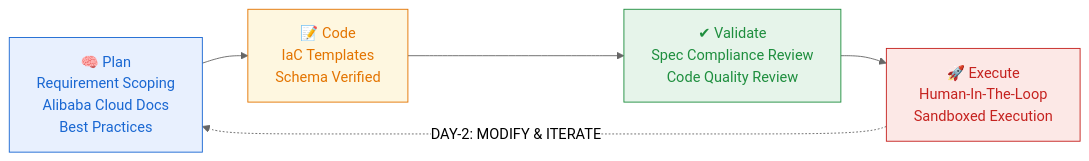
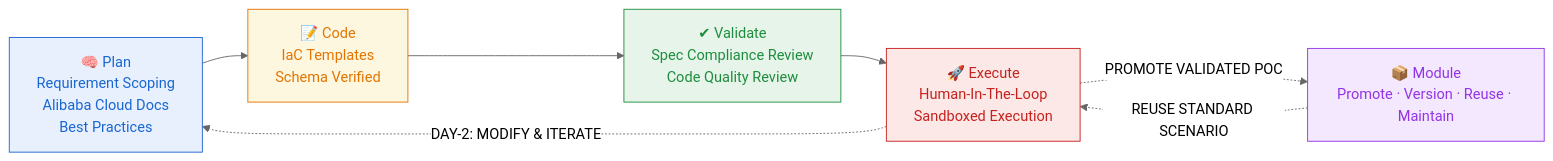
The diagram in plugins/alibabacloud-spec-ops/README.md (ChenHanZhang/alibabacloud-agent-toolkit), drawn with Mermaid (neutral theme) before and after one commit. The commit also changed other lines of this file and 29 other files, not shown here.

````diff
--- a/plugins/alibabacloud-spec-ops/README.md
+++ b/plugins/alibabacloud-spec-ops/README.md
@@ -22,15 +23,19 @@
 ```mermaid
 flowchart LR
     classDef plan fill:#e8f0fe,stroke:#1967d2,color:#1967d2
     classDef code fill:#fef7e0,stroke:#e37400,color:#e37400
     classDef val  fill:#e6f4ea,stroke:#1e8e3e,color:#1e8e3e
     classDef exec fill:#fce8e6,stroke:#c5221f,color:#c5221f
+    classDef mod  fill:#f3e8fd,stroke:#9334e6,color:#9334e6
 
     Plan["🧠 Plan<br/>Requirement Scoping<br/>Alibaba Cloud Docs<br/>Best Practices"]:::plan
     Code["📝 Code<br/>IaC Templates<br/>Schema Verified"]:::code
     Validate["✔ Validate<br/>Spec Compliance Review<br/>Code Quality Review"]:::val
     Execute["🚀 Execute<br/>Human-In-The-Loop<br/>Sandboxed Execution"]:::exec
+    Module["📦 Module<br/>Promote · Version · Reuse · Maintain"]:::mod
 
     Plan --> Code --> Validate --> Execute
     Execute -. "DAY-2: MODIFY & ITERATE" .-> Plan
+    Execute -. "PROMOTE VALIDATED POC" .-> Module
+    Module -. "REUSE STANDARD SCENARIO" .-> Execute
 ```
````
